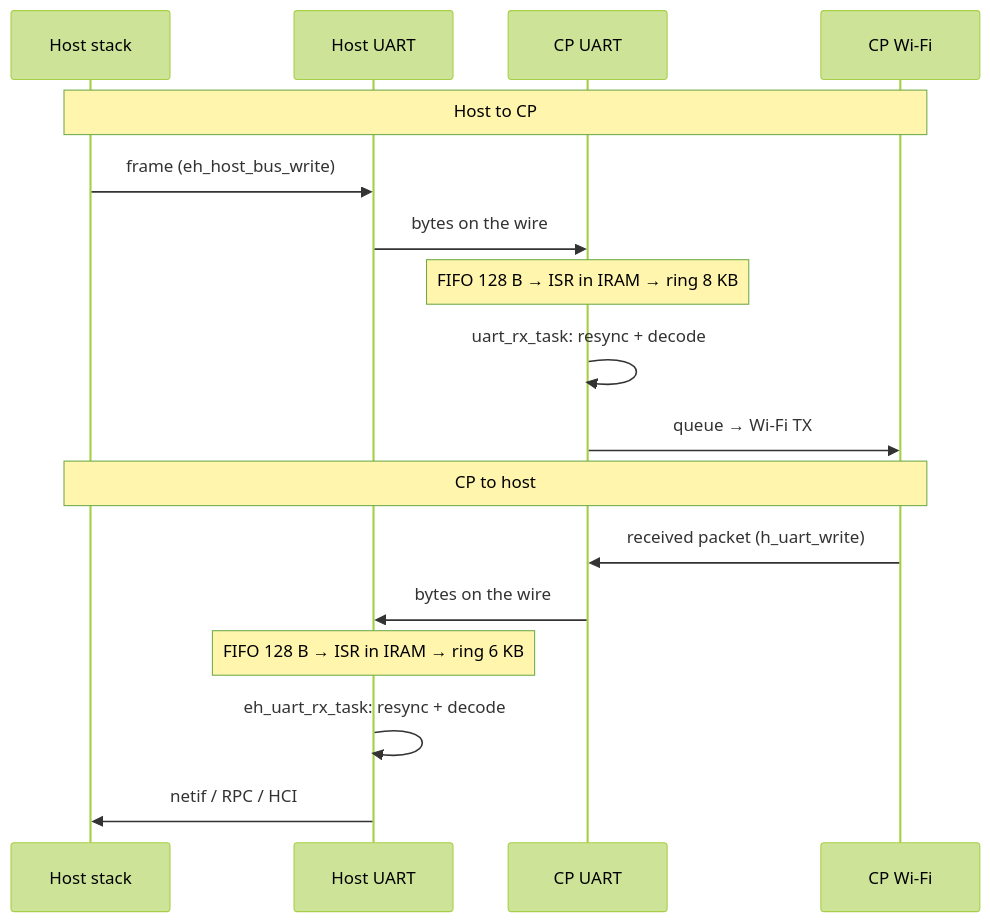
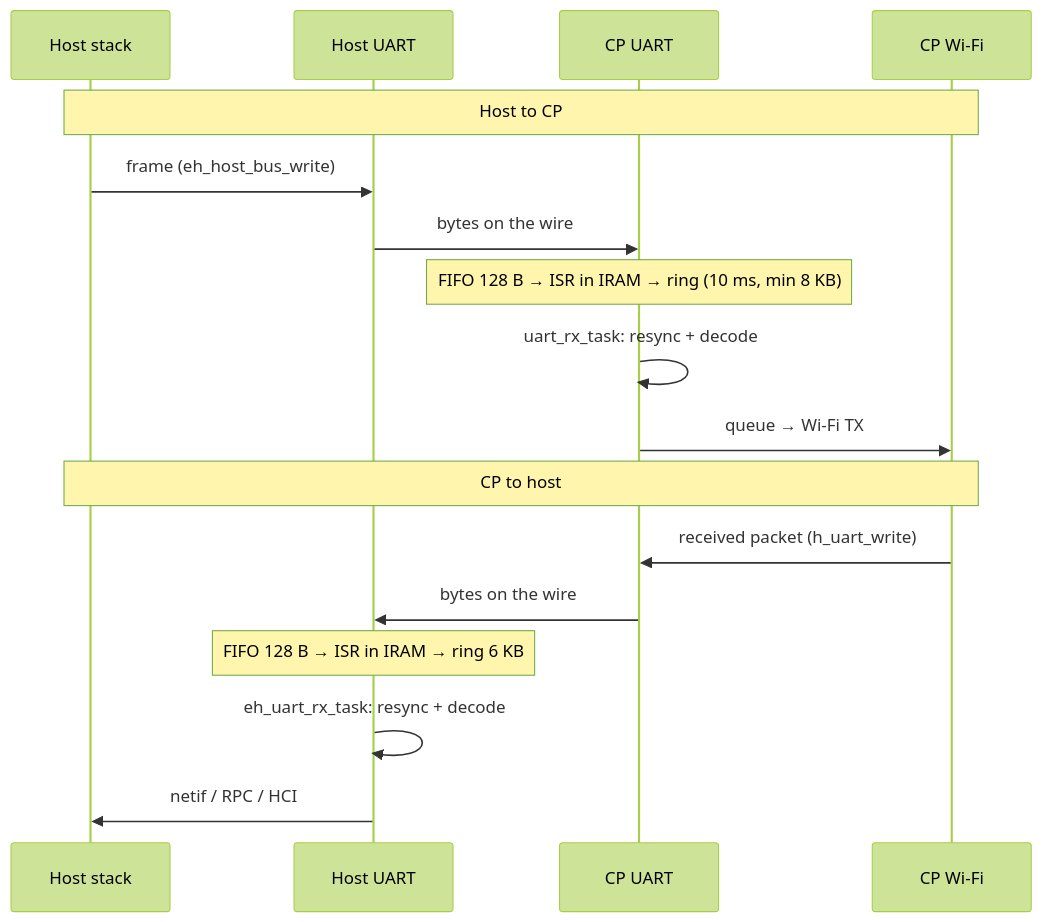
The second of 3 diagrams in docs/design/uart.md (espressif/esp-hosted-mcu), drawn with Mermaid (forest theme) before and after one commit. The commit also changed other lines of this file and 8 other files, not shown here.

````diff
--- a/docs/design/uart.md
+++ b/docs/design/uart.md
@@ -42,21 +42,21 @@
 ```mermaid
 sequenceDiagram
     participant HS as Host stack
     participant HU as Host UART
     participant CU as CP UART
     participant CW as CP Wi-Fi
 
     Note over HS,CW: Host to CP
     HS->>HU: frame (eh_host_bus_write)
     HU->>CU: bytes on the wire
-    Note over CU: FIFO 128 B → ISR in IRAM → ring 8 KB
+    Note over CU: FIFO 128 B → ISR in IRAM → ring (10 ms, min 8 KB)
     CU->>CU: uart_rx_task: resync + decode
     CU->>CW: queue → Wi-Fi TX
 
     Note over HS,CW: CP to host
     CW->>CU: received packet (h_uart_write)
     CU->>HU: bytes on the wire
     Note over HU: FIFO 128 B → ISR in IRAM → ring 6 KB
     HU->>HU: eh_uart_rx_task: resync + decode
     HU->>HS: netif / RPC / HCI
 ```
````
